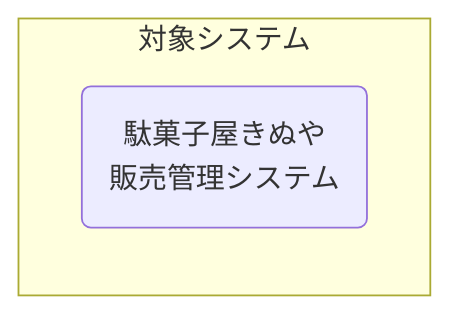
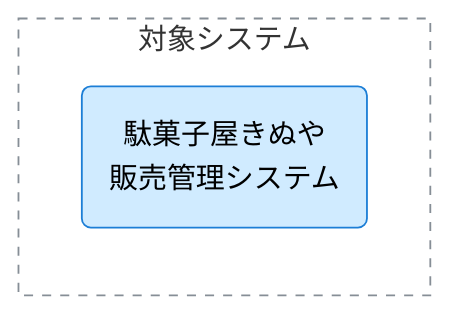
One commit to naoji3x/grandma-candy-shop changed the sixth of 9 diagrams in docs/project/030-アーキテクチャ/010-C4コンテキスト図/cxd-mermaid-rules.md. Above: the diagram before and after it, drawn with Mermaid. The commit also changed other lines of this file, not shown here.

````diff
--- a/docs/project/030-アーキテクチャ/010-C4コンテキスト図/cxd-mermaid-rules.md
+++ b/docs/project/030-アーキテクチャ/010-C4コンテキスト図/cxd-mermaid-rules.md
@@ -80,6 +139,10 @@
 ```mermaid
 flowchart LR
-subgraph 境界["対象システム"]
-販売管理システム("駄菓子屋きぬや<br>販売管理システム")
-end
+  subgraph 境界["対象システム"]
+    販売管理システム("駄菓子屋きぬや<br>販売管理システム")
+  end
+
+  classDef system fill:#d0ebff,stroke:#1c7ed6,color:#000;
+  class 販売管理システム system;
+  style 境界 fill:#ffffff,fill-opacity:0,stroke:#868e96,stroke-width:1px,stroke-dasharray: 5 5;
 ```
````
